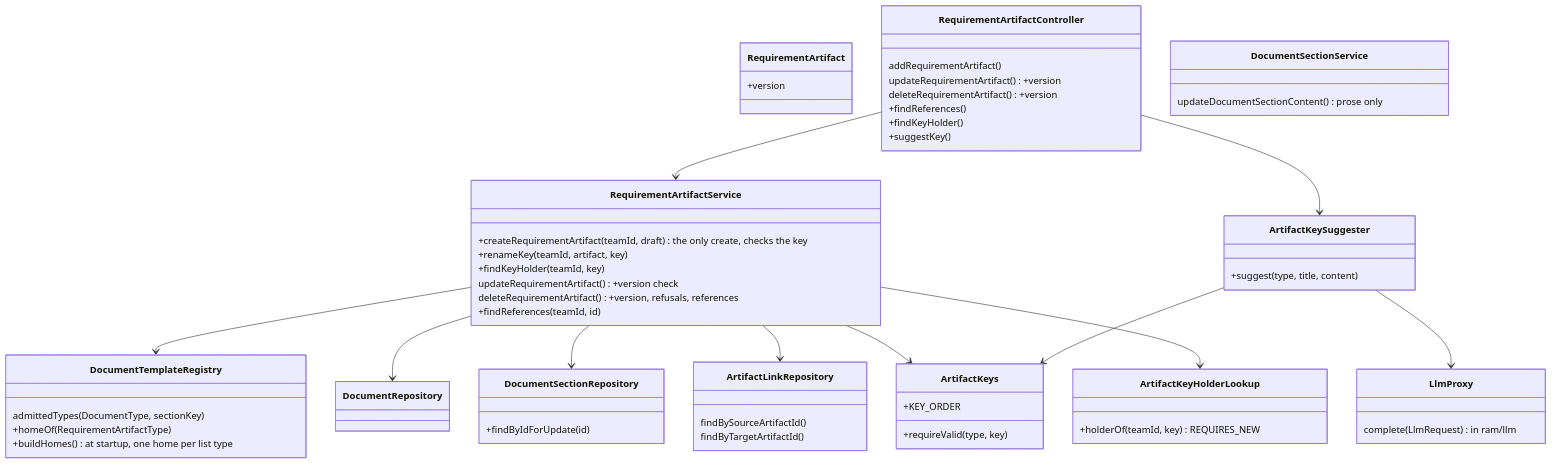
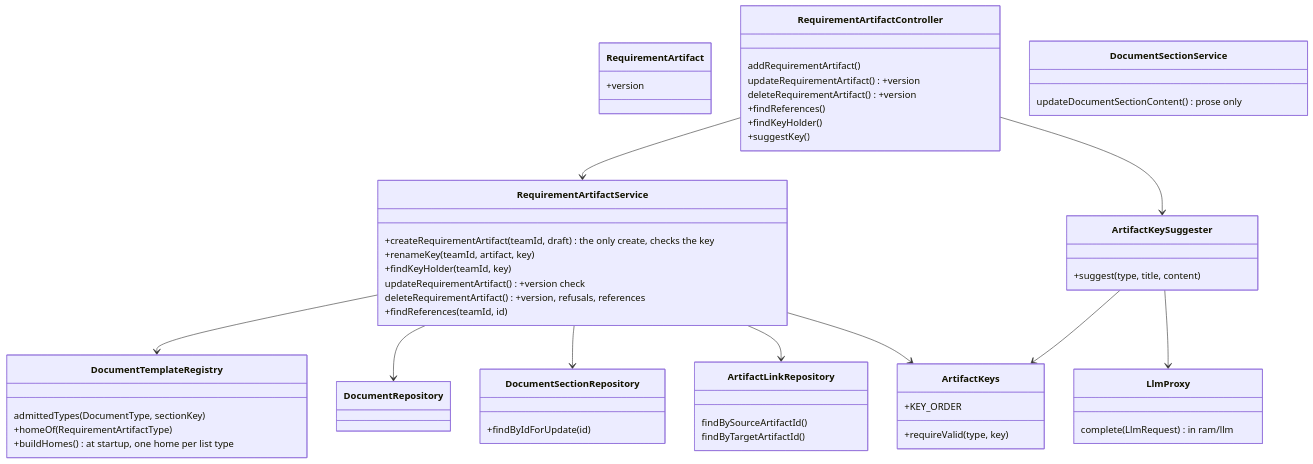
One commit to Washingtonwei/project-pulse changed the first of 4 diagrams in docs/design/art.md. Above: the diagram before and after it, drawn with Mermaid. The commit also changed other lines of this file and 11 other files, not shown here.

First line of the commit message:
Let the editor name the holder after a key race, and drop ArtifactKeyHolderLookup

````diff
--- a/docs/design/art.md
+++ b/docs/design/art.md
@@ -28,60 +28,56 @@
 ```mermaid
 classDiagram
   class RequirementArtifact {
     +version
   }
   class DocumentTemplateRegistry {
     admittedTypes(DocumentType, sectionKey)
     +homeOf(RequirementArtifactType)
     +buildHomes() at startup, one home per list type
   }
   class DocumentSectionRepository {
     +findByIdForUpdate(id)
   }
   class RequirementArtifactController {
     addRequirementArtifact()
     updateRequirementArtifact() +version
     deleteRequirementArtifact() +version
     +findReferences()
     +findKeyHolder()
     +suggestKey()
   }
   class ArtifactKeys {
     +requireValid(type, key)
     +KEY_ORDER
   }
   class ArtifactKeySuggester {
     +suggest(type, title, content)
   }
-  class ArtifactKeyHolderLookup {
-    +holderOf(teamId, key) REQUIRES_NEW
-  }
   class LlmProxy {
     complete(LlmRequest) in ram/llm
   }
   class RequirementArtifactService {
     +createRequirementArtifact(teamId, draft) the only create, checks the key
     +renameKey(teamId, artifact, key)
     +findKeyHolder(teamId, key)
     updateRequirementArtifact() +version check
     deleteRequirementArtifact() +version, refusals, references
     +findReferences(teamId, id)
   }
   class DocumentSectionService {
     updateDocumentSectionContent() prose only
   }
   class ArtifactLinkRepository {
     findBySourceArtifactId()
     findByTargetArtifactId()
   }
   RequirementArtifactController --> RequirementArtifactService
   RequirementArtifactService --> DocumentTemplateRegistry
   RequirementArtifactService --> DocumentRepository
   RequirementArtifactService --> DocumentSectionRepository
   RequirementArtifactService --> ArtifactLinkRepository
   RequirementArtifactService --> ArtifactKeys
-  RequirementArtifactService --> ArtifactKeyHolderLookup
   RequirementArtifactController --> ArtifactKeySuggester
   ArtifactKeySuggester --> ArtifactKeys
   ArtifactKeySuggester --> LlmProxy
 ```
````
